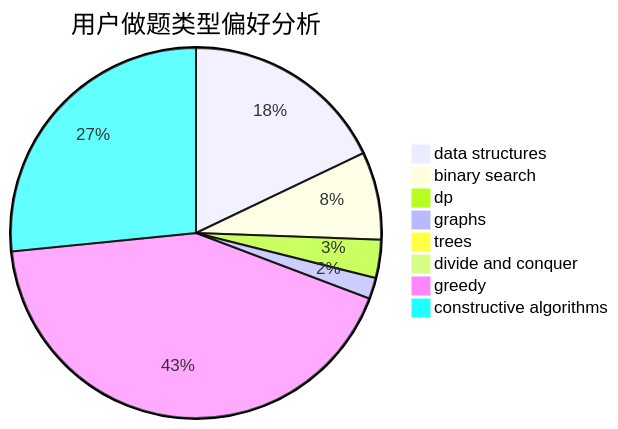
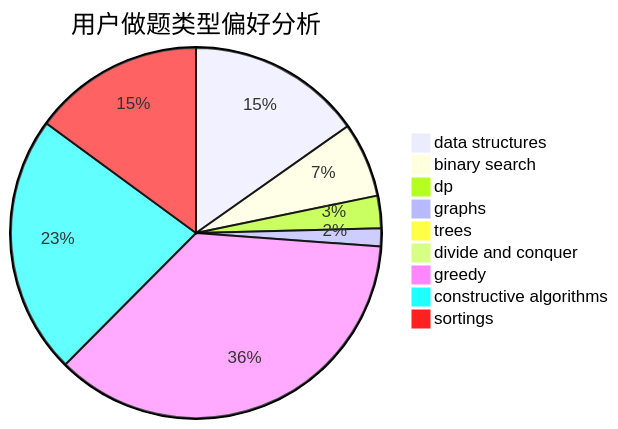
The second of 3 diagrams in docs/user/u861.md (sherpahu/cfrs.github.io), drawn with Mermaid before and after one commit. The commit also changed other lines of this file and 2769 other files, not shown here.

````diff
--- a/docs/user/u861.md
+++ b/docs/user/u861.md
@@ -23,11 +18,12 @@
 ```mermaid
 pie title 用户做题类型偏好分析
     "data structures" :  301
     "binary search" :  129
     "dp" :  56
     "graphs" :  31
     "trees" :  0
     "divide and conquer" :  0
     "greedy" :  717
     "constructive algorithms" :  447
+    "sortings" :  295
 ```
````
